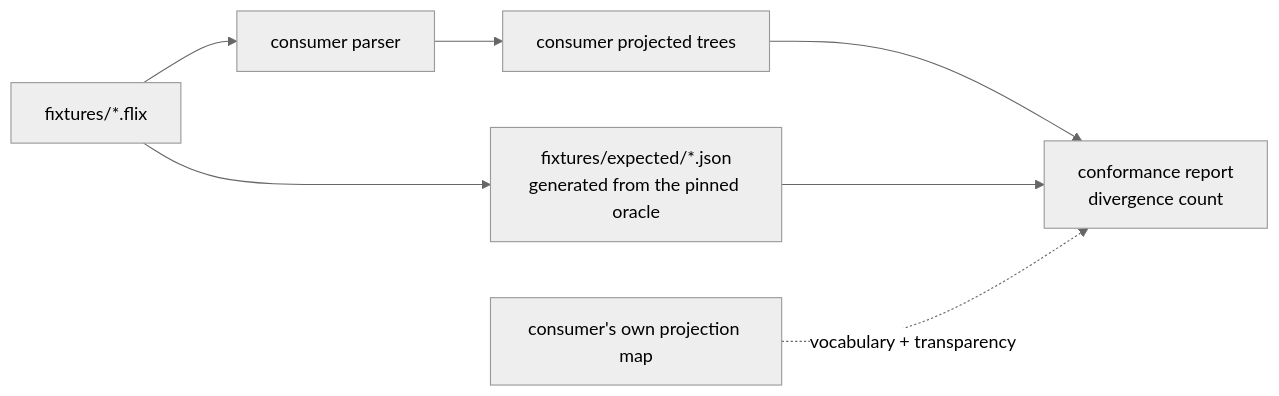
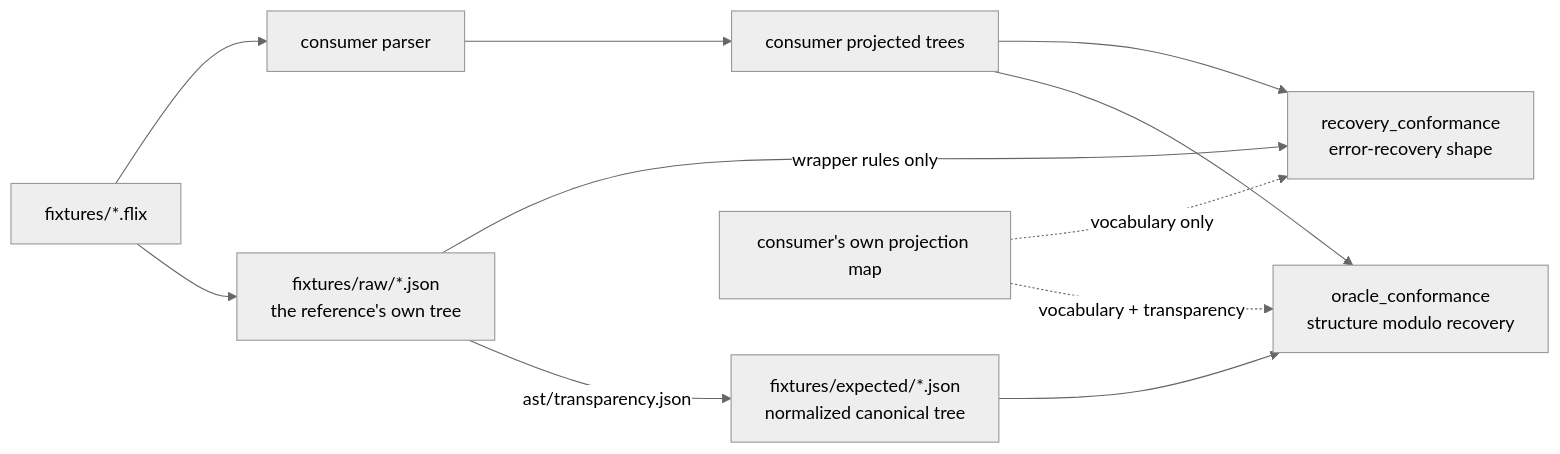
Before and after one commit to wstein/flix-spec: the diagram in docs/CONFORMANCE.md, drawn with Mermaid (neutral theme). The commit also changed other lines of this file and 7 other files, not shown here.

````diff
--- a/docs/CONFORMANCE.md
+++ b/docs/CONFORMANCE.md
@@ -16,15 +16,20 @@
 ```mermaid
 flowchart LR
     FIX["fixtures/*.flix"]
-    EXP["fixtures/expected/*.json<br/>generated from the pinned oracle"]
+    RAW["fixtures/raw/*.json<br/>the reference's own tree"]
+    EXP["fixtures/expected/*.json<br/>normalized canonical tree"]
     CONS["consumer parser"]
     ACT["consumer projected trees"]
     MAP["consumer's own projection map"]
-    REP["conformance report<br/>divergence count"]
+    L1["oracle_conformance<br/>structure modulo recovery"]
+    L2["recovery_conformance<br/>error-recovery shape"]
 
-    FIX --> EXP
+    FIX --> RAW -->|"ast/transparency.json"| EXP
     FIX --> CONS --> ACT
-    ACT --> REP
-    EXP --> REP
-    MAP -.->|"vocabulary + transparency"| REP
+    EXP --> L1
+    ACT --> L1
+    RAW -->|"wrapper rules only"| L2
+    ACT --> L2
+    MAP -.->|"vocabulary + transparency"| L1
+    MAP -.->|"vocabulary only"| L2
 ```
````
